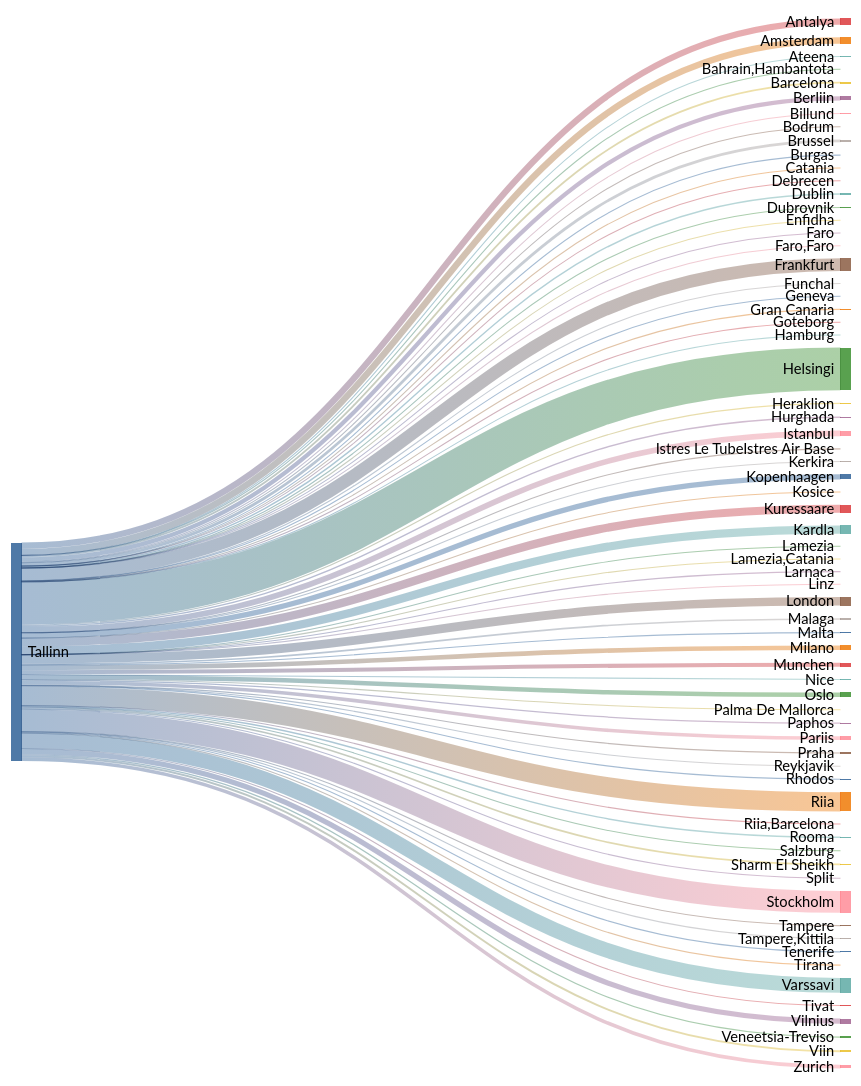
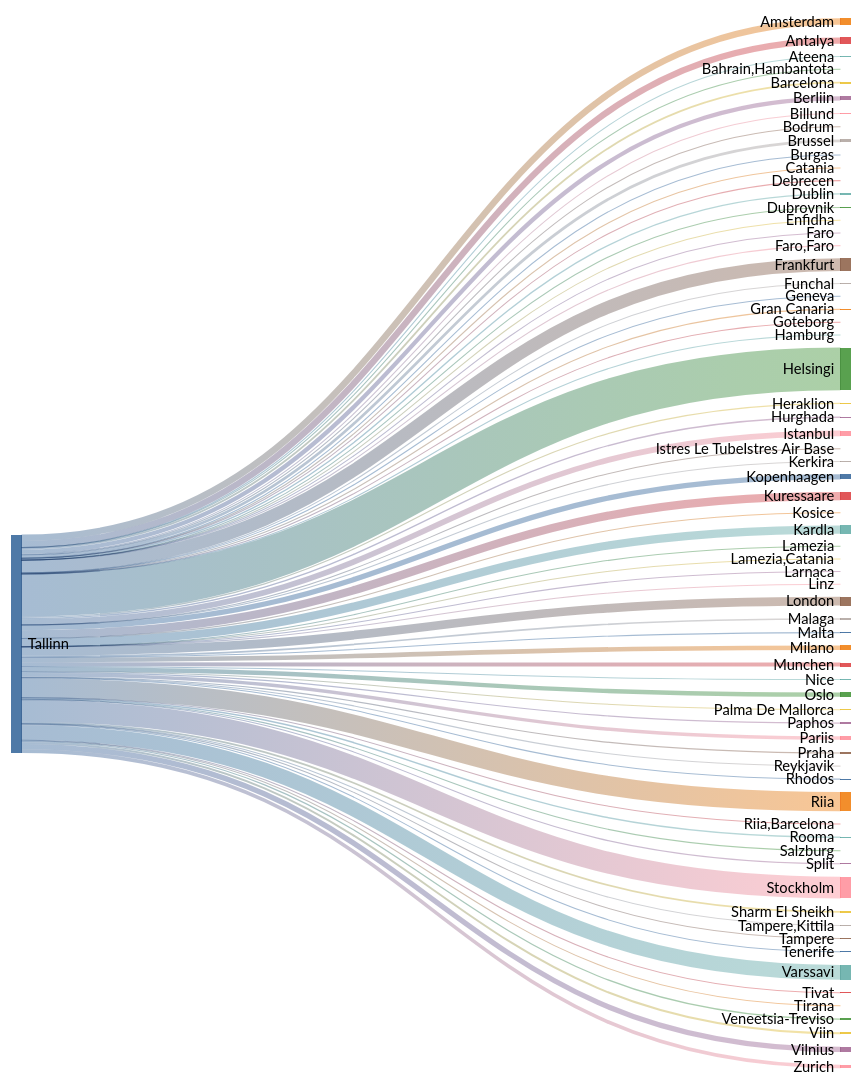
Before and after one commit to rainermesi/tll-airport-departures: the second of 2 diagrams in README.md, drawn with Mermaid (neutral theme). The commit also changed other lines of this file and 1 other file, not shown here.

````diff
--- a/README.md
+++ b/README.md
@@ -34,80 +34,80 @@
 ```mermaid
 ---
 config:
   sankey:
     showValues: false
     width: 800
     height: 1000
 ---
 sankey-beta
 %% source,target,value
-Tallinn,Amsterdam,353
-Tallinn,Antalya,342
+Tallinn,Amsterdam,355
+Tallinn,Antalya,345
 Tallinn,Ateena,16
 Tallinn,"Bahrain,Hambantota",1
-Tallinn,Barcelona,97
+Tallinn,Barcelona,99
 Tallinn,Berliin,232
-Tallinn,Billund,57
+Tallinn,Billund,58
 Tallinn,Bodrum,11
 Tallinn,Brussel,150
-Tallinn,Burgas,31
+Tallinn,Burgas,32
 Tallinn,Catania,2
 Tallinn,Debrecen,1
 Tallinn,Dublin,76
 Tallinn,Dubrovnik,21
 Tallinn,Enfidha,7
 Tallinn,Faro,4
 Tallinn,"Faro,Faro",1
-Tallinn,Frankfurt,692
+Tallinn,Frankfurt,695
 Tallinn,Funchal,5
 Tallinn,Geneva,13
 Tallinn,Gran Canaria,38
 Tallinn,Goteborg,1
 Tallinn,Hamburg,2
-Tallinn,Helsingi,2334
-Tallinn,Heraklion,62
+Tallinn,Helsingi,2343
+Tallinn,Heraklion,63
 Tallinn,Hurghada,75
-Tallinn,Istanbul,311
+Tallinn,Istanbul,312
 Tallinn,Istres Le TubeIstres Air Base,2
 Tallinn,Kerkira,4
-Tallinn,Kopenhaagen,287
+Tallinn,Kopenhaagen,289
 Tallinn,Kosice,1
-Tallinn,Kuressaare,451
-Tallinn,Kardla,451
+Tallinn,Kuressaare,452
+Tallinn,Kardla,452
 Tallinn,Lamezia,1
 Tallinn,"Lamezia,Catania",3
 Tallinn,Larnaca,4
 Tallinn,Linz,2
-Tallinn,London,476
-Tallinn,Malaga,91
-Tallinn,Malta,19
+Tallinn,London,477
+Tallinn,Malaga,92
+Tallinn,Malta,20
 Tallinn,Milano,253
 Tallinn,Munchen,220
 Tallinn,Nice,33
 Tallinn,Oslo,244
-Tallinn,Palma De Mallorca,23
+Tallinn,Palma De Mallorca,24
 Tallinn,Paphos,66
 Tallinn,Pariis,193
 Tallinn,Praha,61
-Tallinn,Reykjavik,1
+Tallinn,Reykjavik,2
 Tallinn,Rhodos,41
-Tallinn,Riia,1052
+Tallinn,Riia,1056
 Tallinn,"Riia,Barcelona",1
 Tallinn,Rooma,80
 Tallinn,Salzburg,14
-Tallinn,Sharm El Sheikh,94
+Tallinn,Sharm El Sheikh,95
 Tallinn,Split,34
-Tallinn,Stockholm,1192
+Tallinn,Stockholm,1195
 Tallinn,Tampere,17
 Tallinn,"Tampere,Kittila",21
 Tallinn,Tenerife,58
 Tallinn,Tirana,14
 Tallinn,Tivat,38
-Tallinn,Varssavi,808
+Tallinn,Varssavi,811
 Tallinn,Veneetsia-Treviso,67
 Tallinn,Viin,106
 Tallinn,Vilnius,290
-Tallinn,Zurich,198
+Tallinn,Zurich,199
 
 
 ```
````
